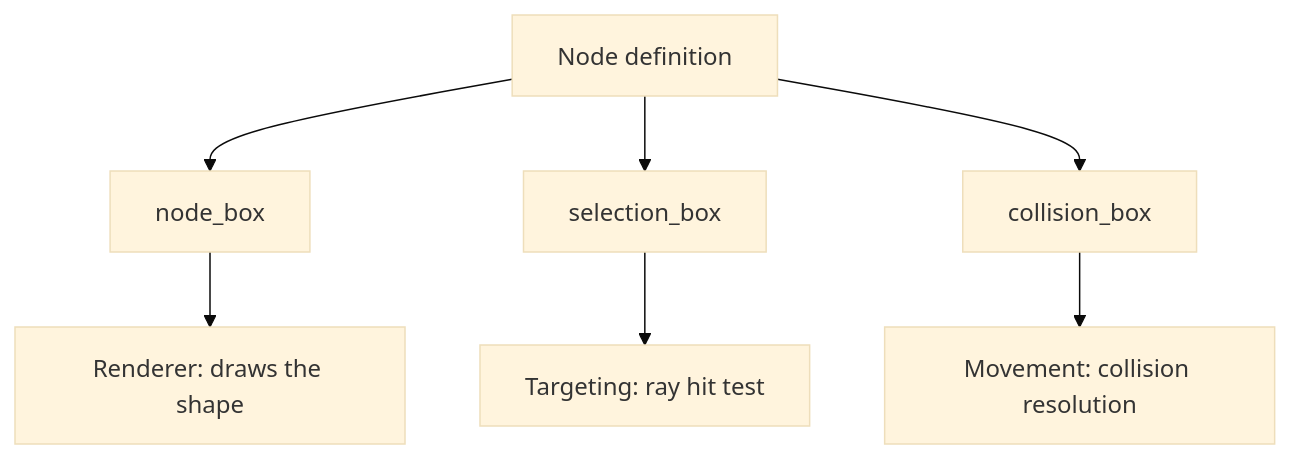
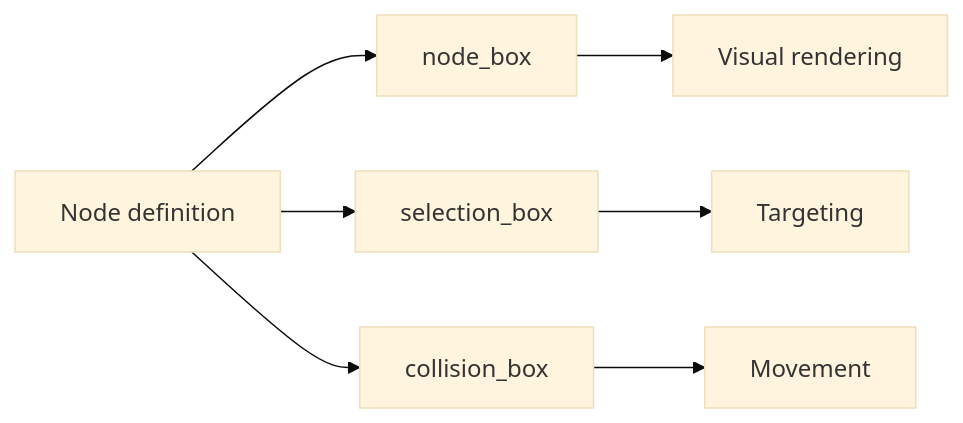
Before and after one commit to hybridindie/wiki-fabric: the diagram in wiki/topics/luanti-nodebox.md, drawn with Mermaid (base theme). The commit also changed other lines of this file and 43 other files, not shown here.

````diff
--- a/wiki/topics/luanti-nodebox.md
+++ b/wiki/topics/luanti-nodebox.md
@@ -20,9 +24,9 @@
 ```mermaid
-flowchart TD
+flowchart LR
     ND[Node definition] --> NB[node_box]
     ND --> SB[selection_box]
     ND --> CB[collision_box]
-    NB --> R[Renderer: draws the shape]
-    SB --> T[Targeting: ray hit test]
-    CB --> M[Movement: collision resolution]
+    NB --> V[Visual rendering]
+    SB --> T[Targeting]
+    CB --> M[Movement]
 ```
````
